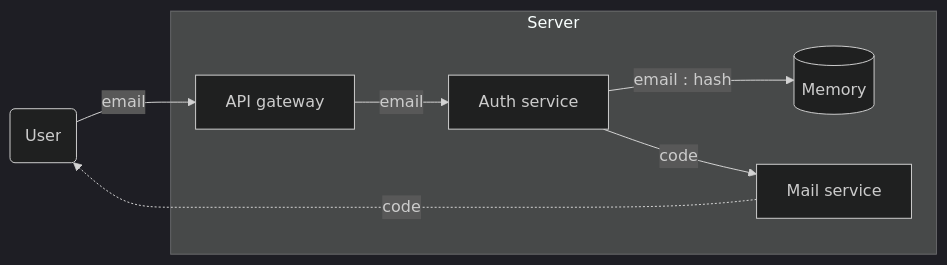
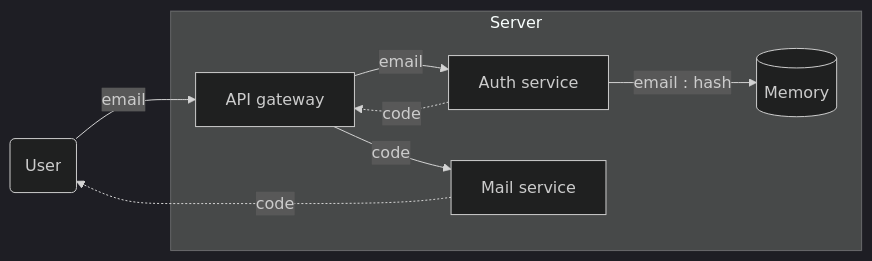
The second of 3 diagrams in articles/7c0f846c007389.md (pond6/midfocus), drawn with Mermaid (dark theme) before and after one commit. The commit also changed other lines of this file, not shown here.

````diff
--- a/articles/7c0f846c007389.md
+++ b/articles/7c0f846c007389.md
@@ -103,15 +103,16 @@
 ```mermaid
 flowchart LR
   User(User)
   subgraph Server
     API[API gateway]
     Auth[Auth service]
     Mail[Mail service]
     Memory[(Memory)]
   end
   User -->|email| API
   API -->|email| Auth
   Auth -->|email : hash| Memory
-  Auth -->|code| Mail
+  Auth -. code .-> API
+  API -->|code| Mail
   Mail -. code .-> User 
 ```
````
